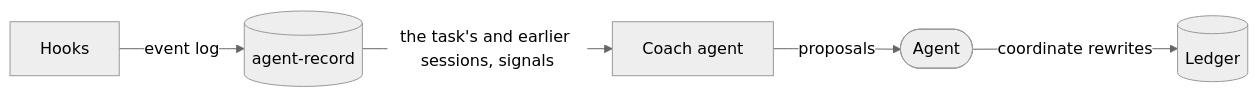
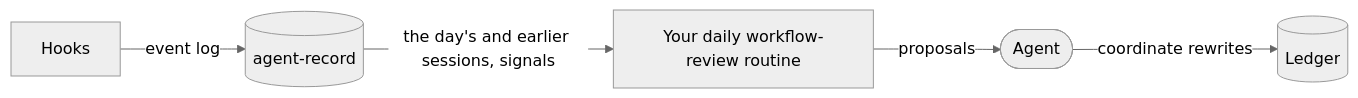
The second of 3 diagrams in docs/plugin.md (cniska/agent-skills), drawn with Mermaid (neutral theme) before and after one commit. The commit also changed other lines of this file and 5 other files, not shown here.

Commit message:
docs: remove the coach agent

````diff
--- a/docs/plugin.md
+++ b/docs/plugin.md
@@ -21,7 +21,7 @@
 ```mermaid
 flowchart LR
   agent(["Agent"]) -- "coordinate rewrites" --> ledger[("Ledger")]
   hook["Hooks"] -- "event log" --> rec[("agent-record")]
-  rec -- "the task's and earlier sessions, signals" --> coach["Coach agent"]
-  coach -- "proposals" --> agent
+  rec -- "the day's and earlier sessions, signals" --> review["Your daily workflow-review routine"]
+  review -- "proposals" --> agent
 ```
````
